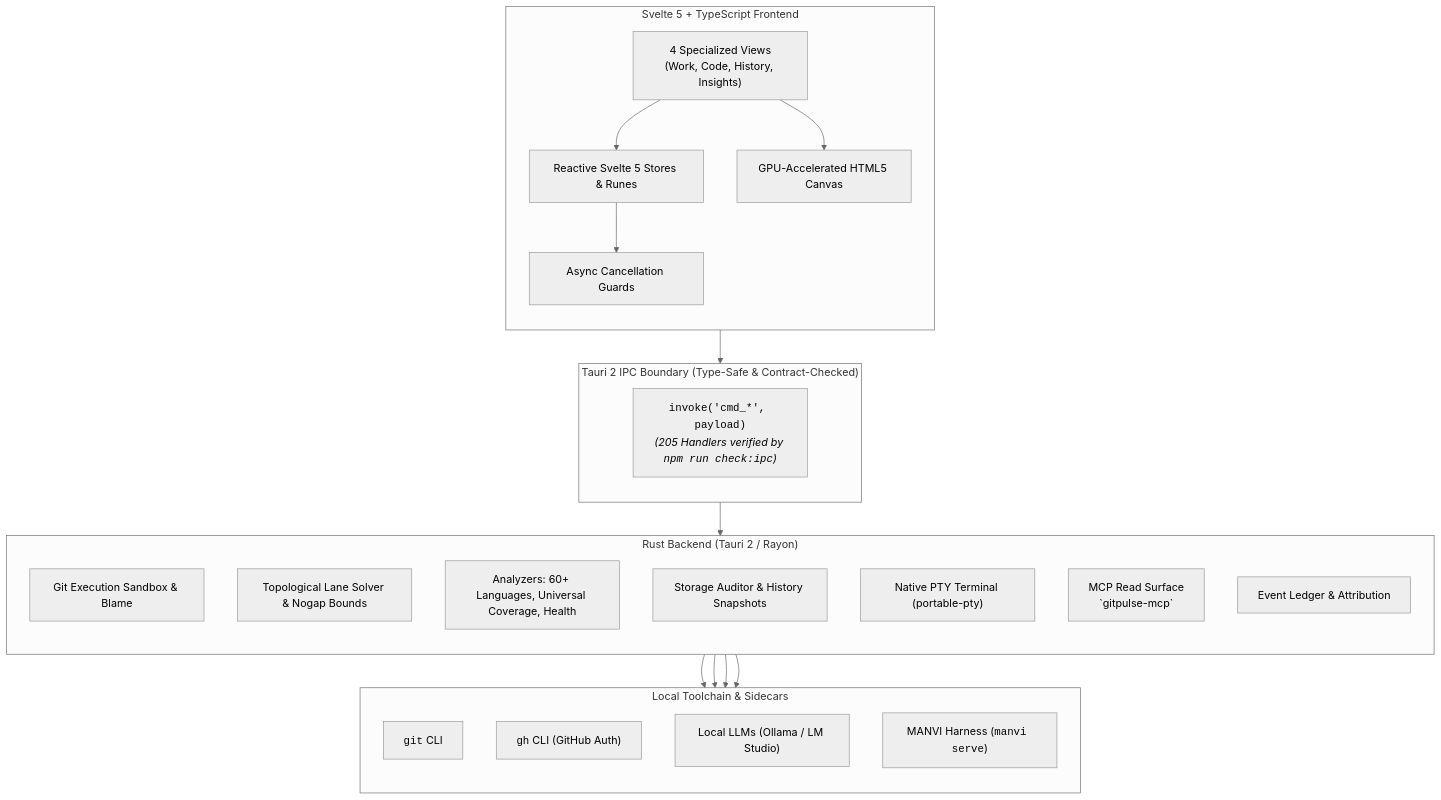
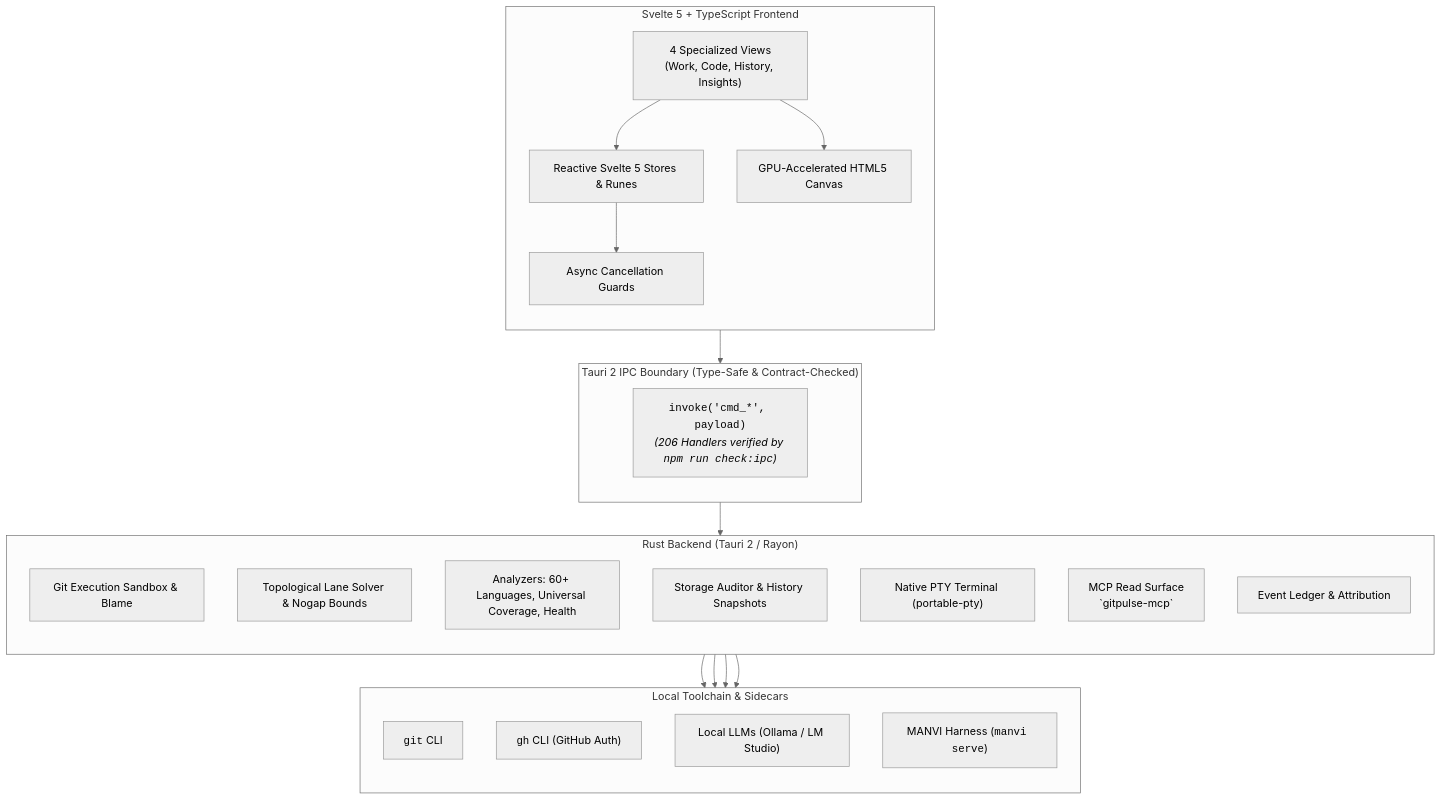
Before and after one commit to bharathvbcr/GitPulse: the first of 4 diagrams in README.md, drawn with Mermaid (neutral theme). The commit also changed other lines of this file and 104 other files, not shown here.

````diff
--- a/README.md
+++ b/README.md
@@ -45,45 +45,45 @@
 ```mermaid
 flowchart TB
     subgraph Frontend["Svelte 5 + TypeScript Frontend"]
         direction TB
         Views["4 Specialized Views<br/>(Work, Code, History, Insights)"]
         Stores["Reactive Svelte 5 Stores & Runes"]
         CanvasEngine["GPU-Accelerated HTML5 Canvas"]
         AsyncGuards["Async Cancellation Guards"]
         
         Views --> Stores
         Views --> CanvasEngine
         Stores --> AsyncGuards
     end
 
     subgraph IPC["Tauri 2 IPC Boundary (Type-Safe & Contract-Checked)"]
         direction TB
-        IPCBridge["<code>invoke('cmd_*', payload)</code><br/><i>(205 Handlers verified by <code>npm run check:ipc</code>)</i>"]
+        IPCBridge["<code>invoke('cmd_*', payload)</code><br/><i>(206 Handlers verified by <code>npm run check:ipc</code>)</i>"]
     end
 
     subgraph Backend["Rust Backend (Tauri 2 / Rayon)"]
         direction TB
         GitSandbox["Git Execution Sandbox & Blame"]
         GraphSolver["Topological Lane Solver & Nogap Bounds"]
         Analyzers["Analyzers: 60+ Languages, Universal Coverage, Health"]
         StorageEngine["Storage Auditor & History Snapshots"]
         TerminalPTY["Native PTY Terminal (portable-pty)"]
         MCPServer["MCP Read Surface<br/>`gitpulse-mcp`"]
         Ledger["Event Ledger & Attribution"]
     end
 
     subgraph LocalTools["Local Toolchain & Sidecars"]
         direction TB
         GitCLI["<code>git</code> CLI"]
         GhCLI["<code>gh</code> CLI (GitHub Auth)"]
         LocalAI["Local LLMs (Ollama / LM Studio)"]
         ManviSidecar["MANVI Harness (<code>manvi serve</code>)"]
     end
 
     AsyncGuards --> IPCBridge
     IPCBridge --> Backend
     GitSandbox --> GitCLI
     Analyzers --> GhCLI
     Analyzers --> LocalAI
     Backend --> ManviSidecar
 ```
````
